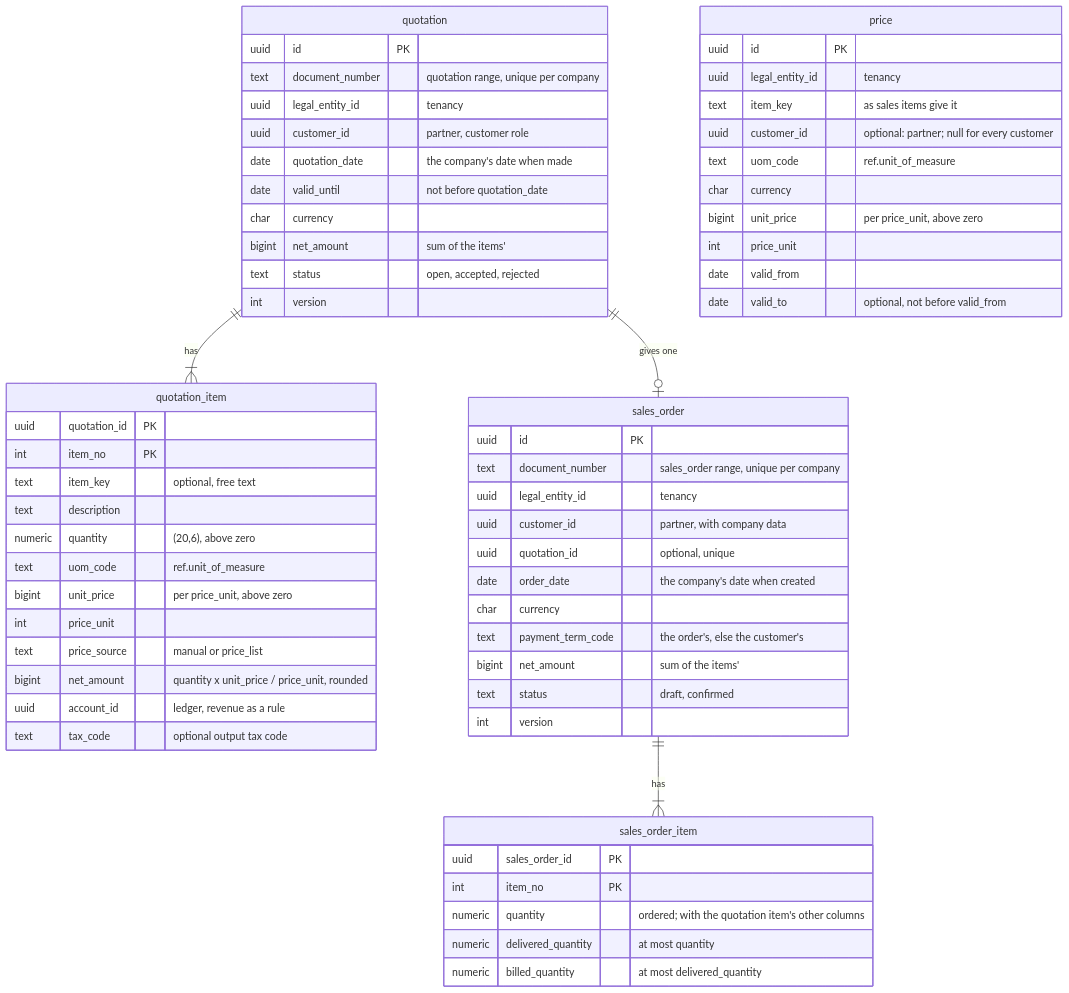
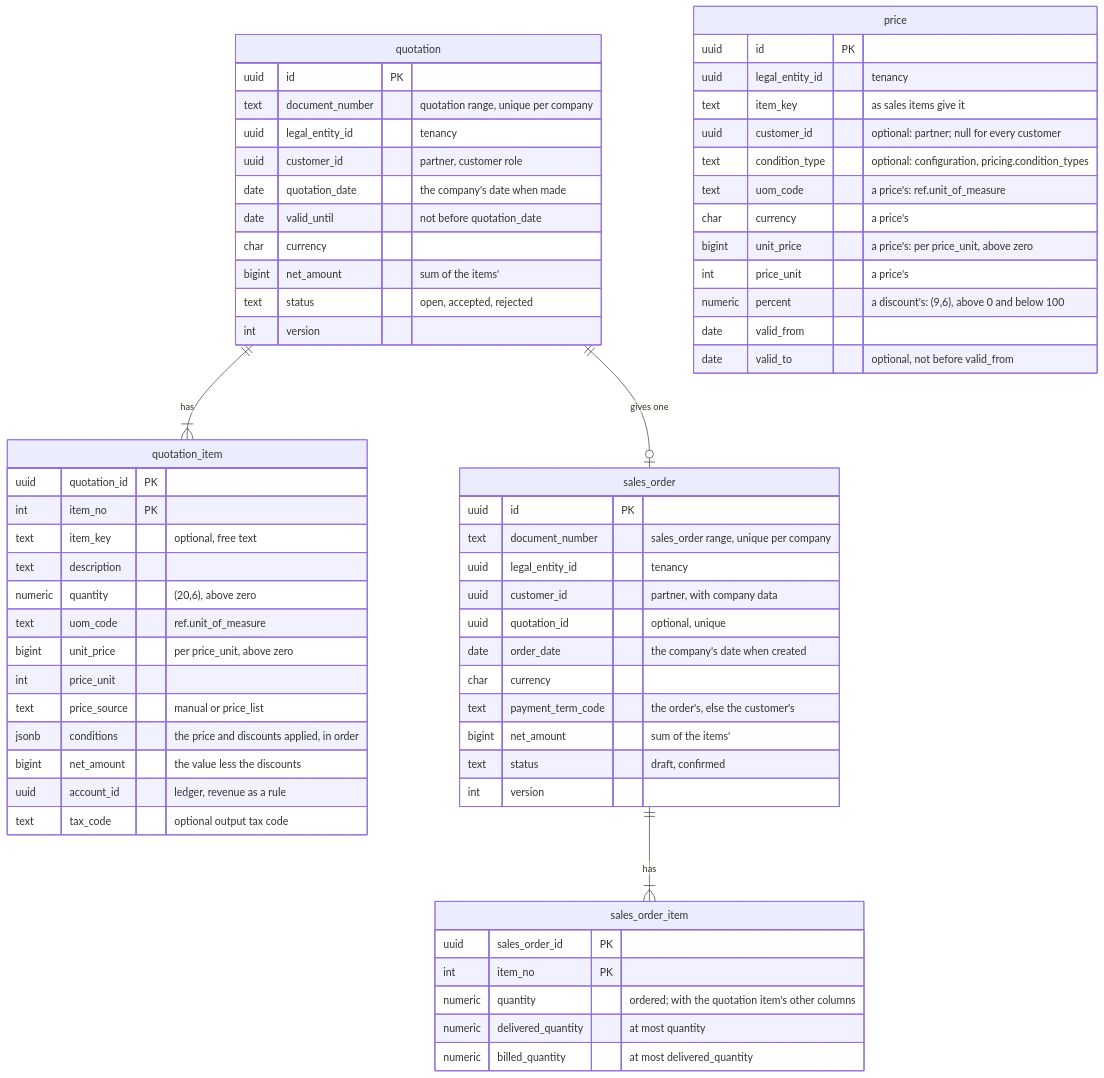
One commit to mustie7iy/agentic-erp changed diagram 16 of 16 in docs/design/03-data-model.md. Above: the diagram before and after it, drawn with Mermaid. The commit also changed other lines of this file and 38 other files, not shown here.

````diff
--- a/docs/design/03-data-model.md
+++ b/docs/design/03-data-model.md
@@ -4247,59 +4249,62 @@
 ```mermaid
 erDiagram
   quotation ||--|{ quotation_item : "has"
   quotation { uuid id PK
     text document_number "quotation range, unique per company"
     uuid legal_entity_id "tenancy"
     uuid customer_id "partner, customer role"
     date quotation_date "the company's date when made"
     date valid_until "not before quotation_date"
     char currency
     bigint net_amount "sum of the items'"
     text status "open, accepted, rejected"
     int version
   }
   quotation_item { uuid quotation_id PK
     int item_no PK
     text item_key "optional, free text"
     text description
     numeric quantity "(20,6), above zero"
     text uom_code "ref.unit_of_measure"
     bigint unit_price "per price_unit, above zero"
     int price_unit
     text price_source "manual or price_list"
-    bigint net_amount "quantity x unit_price / price_unit, rounded"
+    jsonb conditions "the price and discounts applied, in order"
+    bigint net_amount "the value less the discounts"
     uuid account_id "ledger, revenue as a rule"
     text tax_code "optional output tax code"
   }
   quotation ||--o| sales_order : "gives one"
   sales_order ||--|{ sales_order_item : "has"
   sales_order { uuid id PK
     text document_number "sales_order range, unique per company"
     uuid legal_entity_id "tenancy"
     uuid customer_id "partner, with company data"
     uuid quotation_id "optional, unique"
     date order_date "the company's date when created"
     char currency
     text payment_term_code "the order's, else the customer's"
     bigint net_amount "sum of the items'"
     text status "draft, confirmed"
     int version
   }
   sales_order_item { uuid sales_order_id PK
     int item_no PK
     numeric quantity "ordered; with the quotation item's other columns"
     numeric delivered_quantity "at most quantity"
     numeric billed_quantity "at most delivered_quantity"
   }
   price { uuid id PK
     uuid legal_entity_id "tenancy"
     text item_key "as sales items give it"
     uuid customer_id "optional: partner; null for every customer"
-    text uom_code "ref.unit_of_measure"
-    char currency
-    bigint unit_price "per price_unit, above zero"
-    int price_unit
+    text condition_type "optional: configuration, pricing.condition_types"
+    text uom_code "a price's: ref.unit_of_measure"
+    char currency "a price's"
+    bigint unit_price "a price's: per price_unit, above zero"
+    int price_unit "a price's"
+    numeric percent "a discount's: (9,6), above 0 and below 100"
     date valid_from
     date valid_to "optional, not before valid_from"
   }
 ```
````
